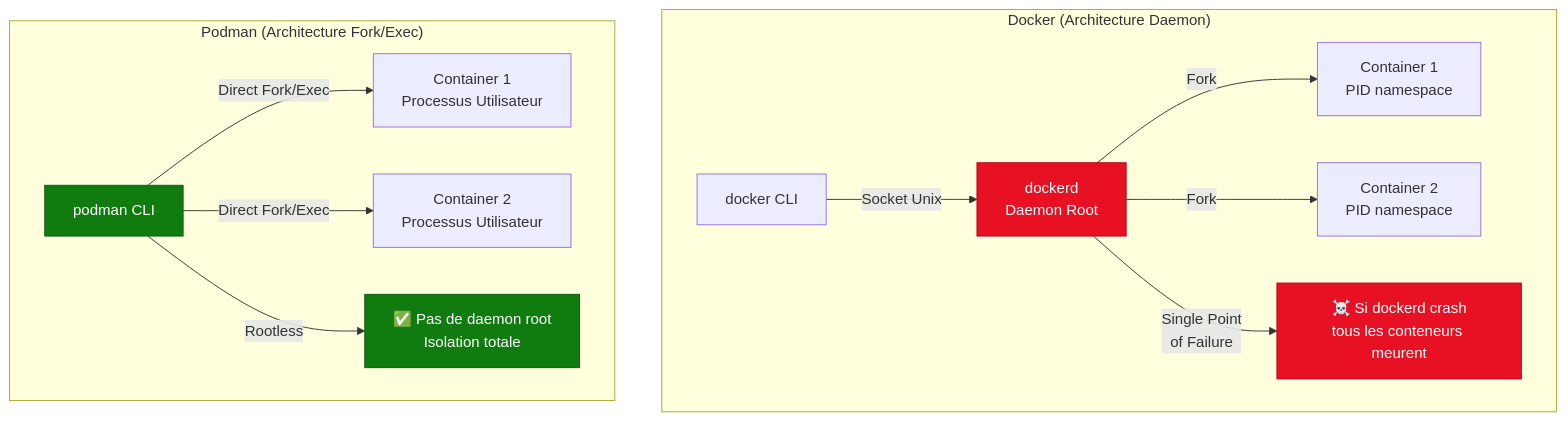
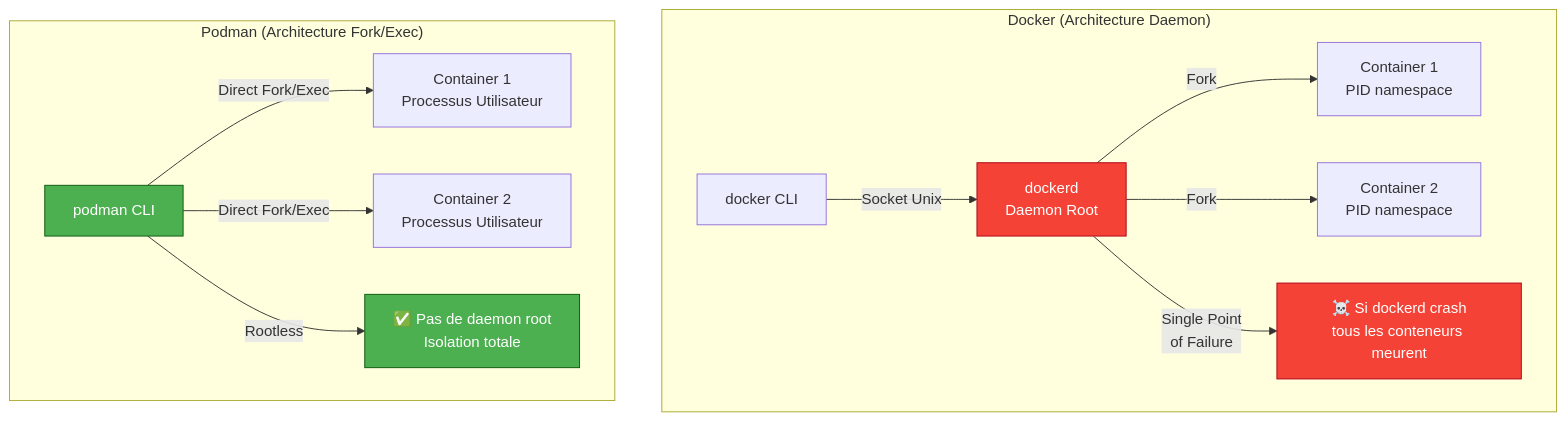
Before and after one commit to VBlackJack/ShellBook: the diagram in docs/devops/podman-containers.md, drawn with Mermaid. The commit also changed 337 other files, not shown here.

First line of the commit message:
refactor(docs): Standardize code blocks and Mermaid colors

````diff
--- a/docs/devops/podman-containers.md
+++ b/docs/devops/podman-containers.md
@@ -18,20 +18,20 @@
 ```mermaid
 graph TD
     subgraph "Docker (Architecture Daemon)"
         A[docker CLI] -->|Socket Unix| B[dockerd<br/>Daemon Root]
         B -->|Fork| C1[Container 1<br/>PID namespace]
         B -->|Fork| C2[Container 2<br/>PID namespace]
         B -->|Single Point<br/>of Failure| D[☠️ Si dockerd crash<br/>tous les conteneurs meurent]
     end
 
     subgraph "Podman (Architecture Fork/Exec)"
         E[podman CLI] -->|Direct Fork/Exec| F1[Container 1<br/>Processus Utilisateur]
         E -->|Direct Fork/Exec| F2[Container 2<br/>Processus Utilisateur]
         E -->|Rootless| G[✅ Pas de daemon root<br/>Isolation totale]
     end
 
-    style B fill:#e81123,stroke:#b00016,color:#fff
-    style D fill:#e81123,stroke:#b00016,color:#fff
-    style E fill:#107c10,stroke:#0b5a0d,color:#fff
-    style G fill:#107c10,stroke:#0b5a0d,color:#fff
+    style B fill:#f44336,stroke:#b00016,color:#fff
+    style D fill:#f44336,stroke:#b00016,color:#fff
+    style E fill:#4CAF50,stroke:#0b5a0d,color:#fff
+    style G fill:#4CAF50,stroke:#0b5a0d,color:#fff
 ```
````
